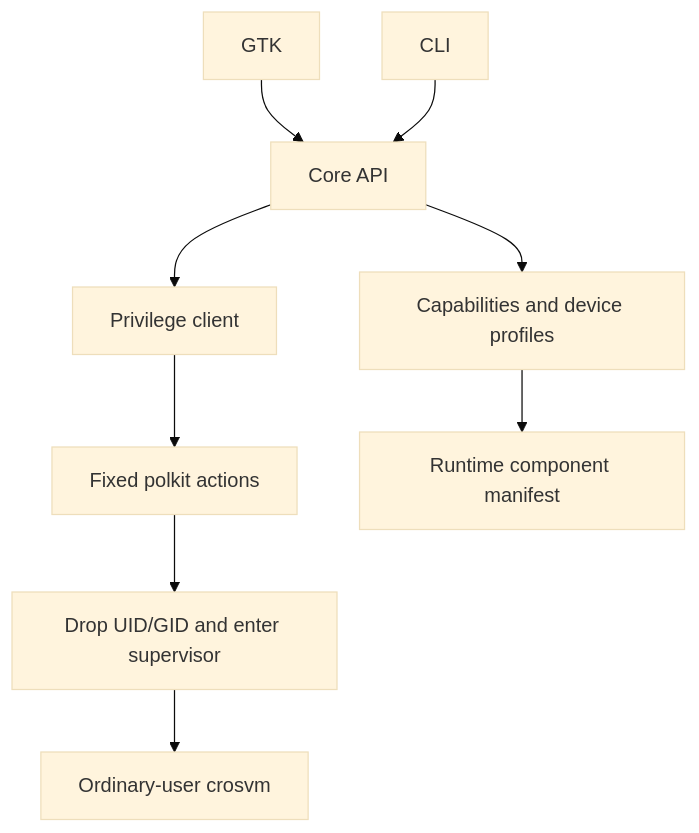
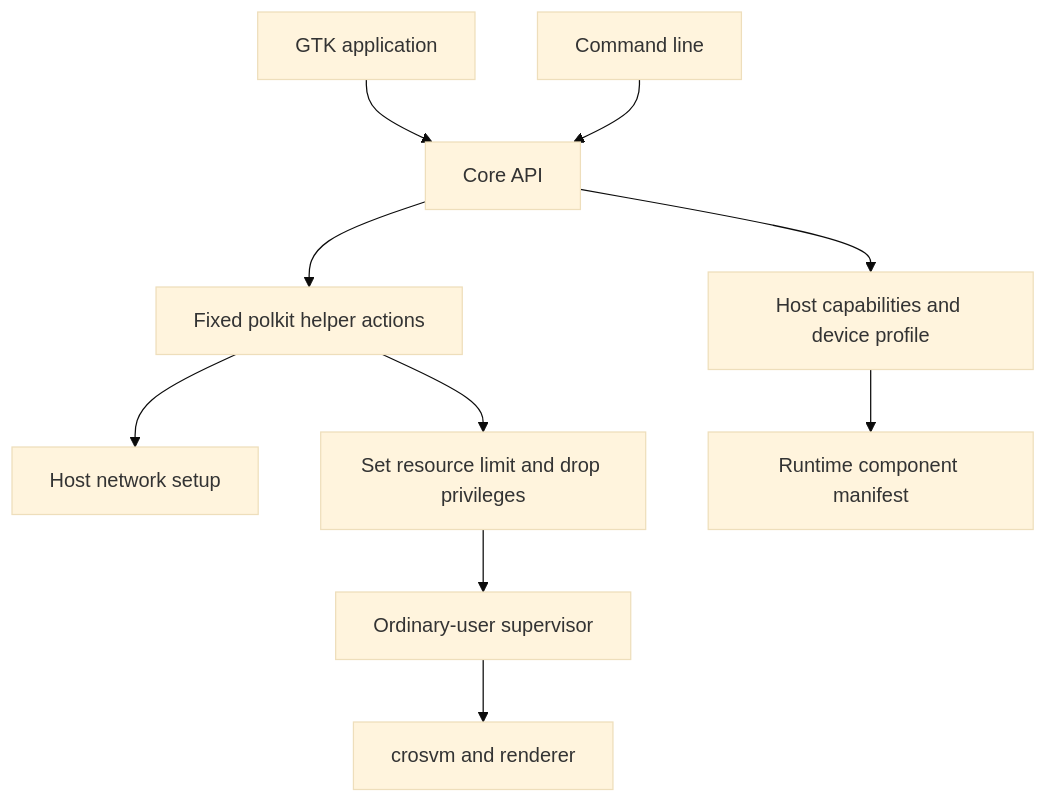
The diagram in docs/architecture.md (yzddmr6/GunyahVM), drawn with Mermaid (base theme) before and after one commit. The commit also changed other lines of this file and 17 other files, not shown here.

````diff
--- a/docs/architecture.md
+++ b/docs/architecture.md
@@ -16,11 +11,12 @@
 ```mermaid
 flowchart TD
-    GUI[GTK] --> API[Core API]
-    CLI[CLI] --> API
-    API --> CAP[Capabilities and device profiles]
-    API --> PC[Privilege client]
-    PC --> PH[Fixed polkit actions]
-    PH --> ENTRY[Drop UID/GID and enter supervisor]
-    ENTRY --> VMM[Ordinary-user crosvm]
+    GUI[GTK application] --> CORE[Core API]
+    CLI[Command line] --> CORE
+    CORE --> CAP[Host capabilities and device profile]
+    CORE --> HELPER[Fixed polkit helper actions]
+    HELPER --> NET[Host network setup]
+    HELPER --> DROP[Set resource limit and drop privileges]
+    DROP --> SUP[Ordinary-user supervisor]
+    SUP --> VMM[crosvm and renderer]
     CAP --> MAN[Runtime component manifest]
 ```
````
